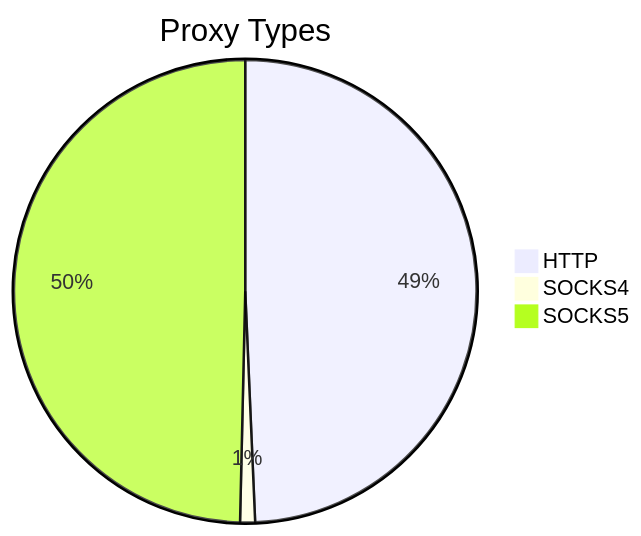
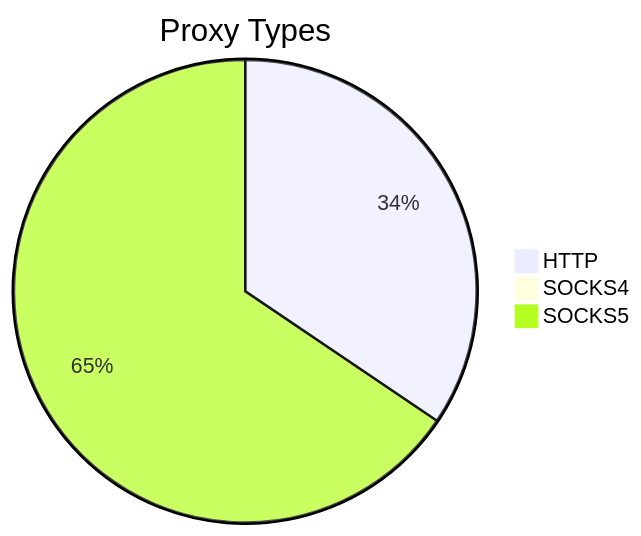
Before and after one commit to stormsia/proxy-list: the first of 2 diagrams in README.md, drawn with Mermaid. The commit also changed other lines of this file, not shown here.

````diff
--- a/README.md
+++ b/README.md
@@ -21,6 +21,6 @@
 ```mermaid
 pie title Proxy Types
-    "HTTP" : 757
-    "SOCKS4" : 16
-    "SOCKS5" : 762
+    "HTTP" : 572
+    "SOCKS4" : 8
+    "SOCKS5" : 1088
 ```
````
